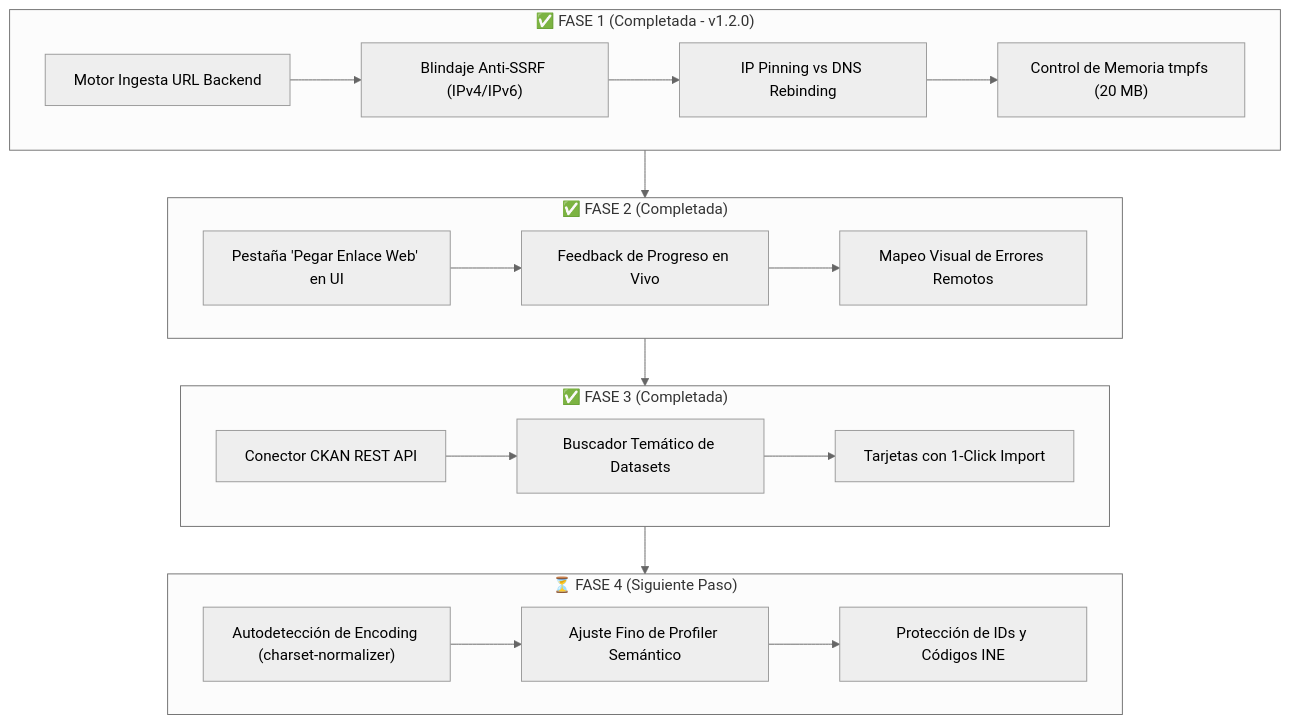
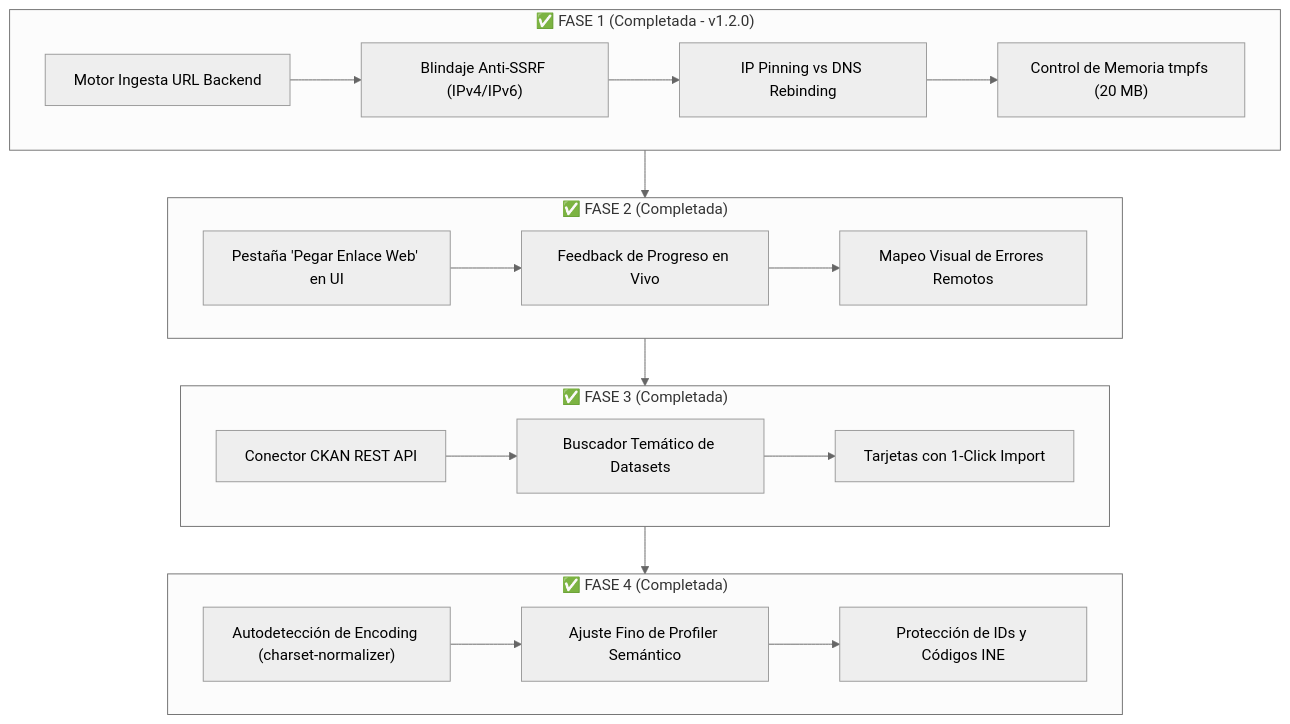
One commit to migueljerico/dataflow-ai changed the diagram in ROADMAP.md. Above: the diagram before and after it, drawn with Mermaid (neutral theme). The commit also changed other lines of this file and 9 other files, not shown here.

````diff
--- a/ROADMAP.md
+++ b/ROADMAP.md
@@ -25,27 +25,27 @@
 ```mermaid
 flowchart TD
     subgraph F1["✅ FASE 1 (Completada - v1.2.0)"]
         A1["Motor Ingesta URL Backend"] --> A2["Blindaje Anti-SSRF (IPv4/IPv6)"]
         A2 --> A3["IP Pinning vs DNS Rebinding"]
         A3 --> A4["Control de Memoria tmpfs (20 MB)"]
     end
 
     subgraph F2["✅ FASE 2 (Completada)"]
         B1["Pestaña 'Pegar Enlace Web' en UI"] --> B2["Feedback de Progreso en Vivo"]
         B2 --> B3["Mapeo Visual de Errores Remotos"]
     end
 
     subgraph F3["✅ FASE 3 (Completada)"]
         C1["Conector CKAN REST API"] --> C2["Buscador Temático de Datasets"]
         C2 --> C3["Tarjetas con 1-Click Import"]
     end
 
-    subgraph F4["⏳ FASE 4 (Siguiente Paso)"]
+    subgraph F4["✅ FASE 4 (Completada)"]
         D1["Autodetección de Encoding (charset-normalizer)"] --> D2["Ajuste Fino de Profiler Semántico"]
         D2 --> D3["Protección de IDs y Códigos INE"]
     end
 
     F1 --> F2
     F2 --> F3
     F3 --> F4
 ```
````
